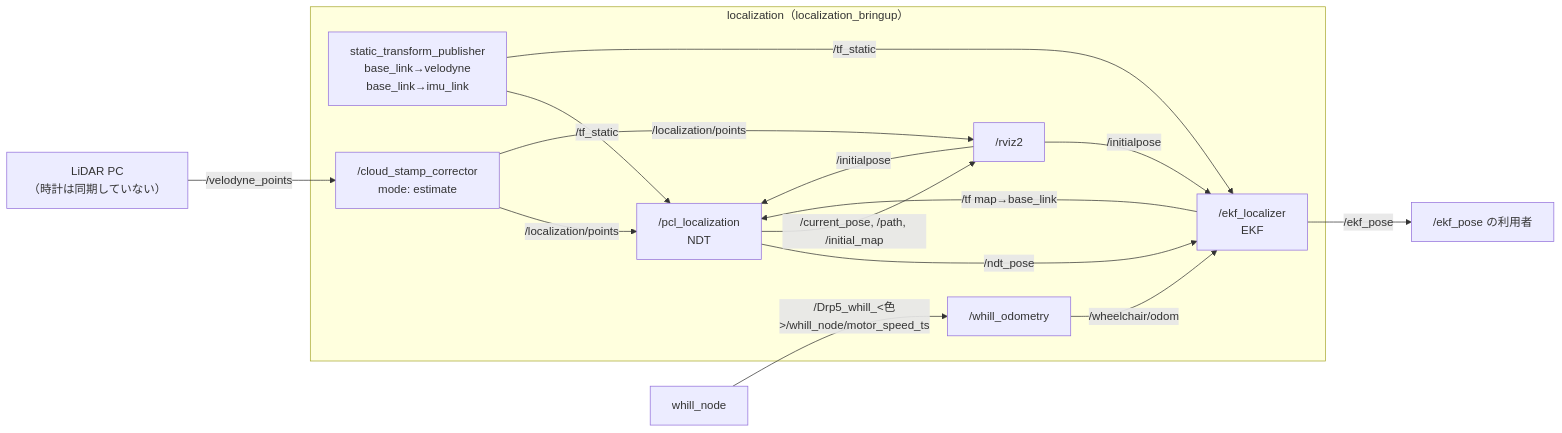
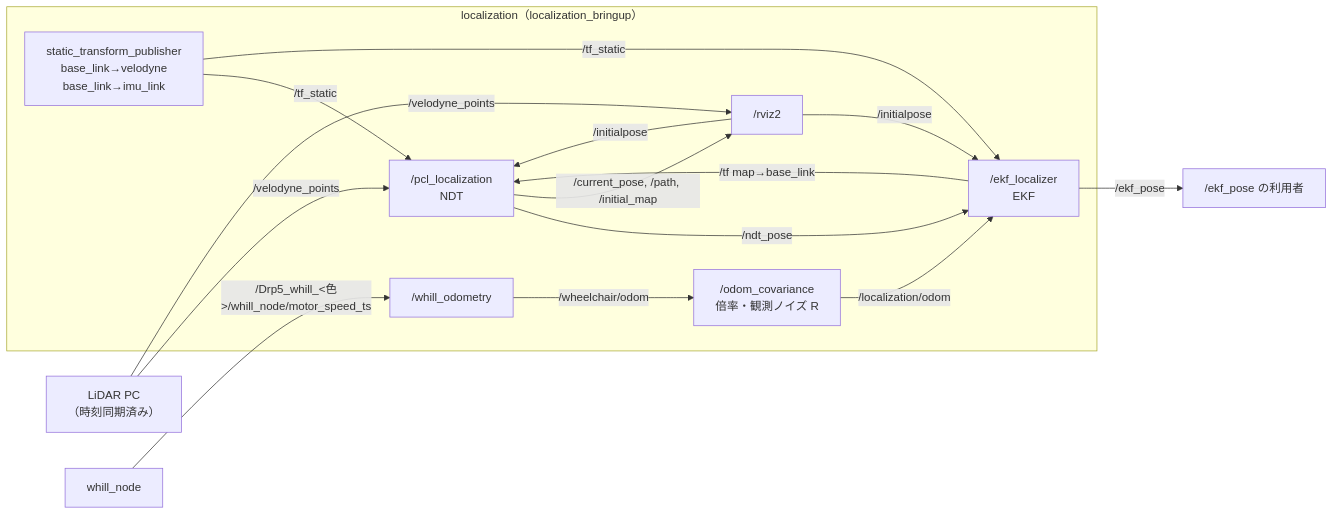
One commit to MaeharaTakumi/localization_bringup changed the second of 3 diagrams in docs/node_graph.md. Above: the diagram before and after it, drawn with Mermaid. The commit also changed other lines of this file and 4 other files, not shown here.

First line of the commit message:
実機は時刻同期済み（cloud_stamp_correction: none）と説明を合わせ、ノードの図に odom_covariance を入れる

````diff
--- a/docs/node_graph.md
+++ b/docs/node_graph.md
@@ -51,31 +53,31 @@
 ```mermaid
 flowchart LR
-  lidar["LiDAR PC<br/>（時計は同期していない）"]
+  lidar["LiDAR PC<br/>（時刻同期済み）"]
   whill["whill_node"]
   subgraph LOC["localization（localization_bringup）"]
     wodom["/whill_odometry"]
     stf["static_transform_publisher<br/>base_link→velodyne<br/>base_link→imu_link"]
-    csc["/cloud_stamp_corrector<br/>mode: estimate"]
     ndt["/pcl_localization<br/>NDT"]
+    ocov["/odom_covariance<br/>倍率・観測ノイズ R"]
     ekf["/ekf_localizer<br/>EKF"]
     rviz["/rviz2"]
   end
 
   user["/ekf_pose の利用者"]
 
-  lidar -->|"/velodyne_points"| csc
-  csc -->|"/localization/points"| ndt
+  lidar -->|"/velodyne_points"| ndt
   whill -->|"/Drp5_whill_&lt;色&gt;/whill_node/motor_speed_ts"| wodom
-  wodom -->|"/wheelchair/odom"| ekf
+  wodom -->|"/wheelchair/odom"| ocov
+  ocov -->|"/localization/odom"| ekf
   stf -->|"/tf_static"| ndt
   stf -->|"/tf_static"| ekf
 
   ndt -->|"/ndt_pose"| ekf
   ekf -->|"/tf map→base_link"| ndt
   ekf -->|"/ekf_pose"| user
 
-  csc -->|"/localization/points"| rviz
+  lidar -->|"/velodyne_points"| rviz
   ndt -->|"/current_pose, /path, /initial_map"| rviz
   rviz -->|"/initialpose"| ndt
   rviz -->|"/initialpose"| ekf
 ```
````
